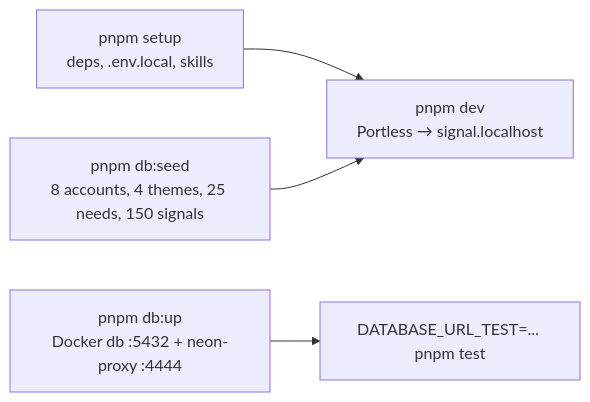
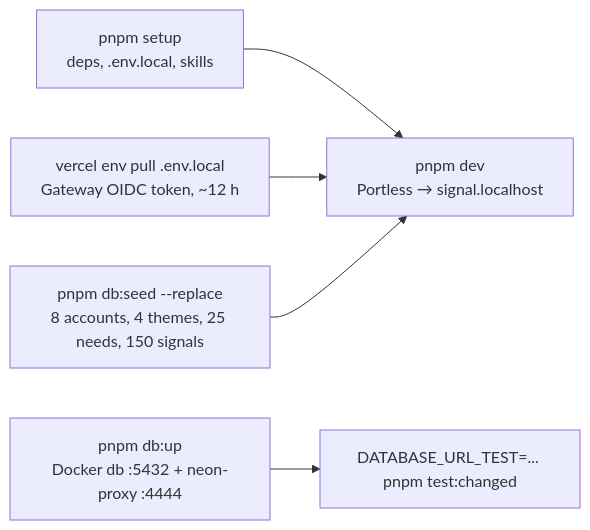
Before and after one commit to gaboesquivel/flow-signal: the fifth of 5 diagrams in docs/harness/dev-loop.md, drawn with Mermaid. The commit also changed other lines of this file and 7 other files, not shown here.

First line of the commit message:
docs(harness): refresh diagrams for specs 006, 007, and 010 (#12)

````diff
--- a/docs/harness/dev-loop.md
+++ b/docs/harness/dev-loop.md
@@ -61,6 +78,7 @@
 ```mermaid
 flowchart LR
   SET[pnpm setup<br/>deps, .env.local, skills] --> DEV[pnpm dev<br/>Portless → signal.localhost]
-  DBU[pnpm db:up<br/>Docker db :5432 + neon-proxy :4444] --> TST[DATABASE_URL_TEST=... pnpm test]
-  SEED[pnpm db:seed<br/>8 accounts, 4 themes, 25 needs, 150 signals] --> DEV
+  PULL[vercel env pull .env.local<br/>Gateway OIDC token, ~12 h] --> DEV
+  DBU[pnpm db:up<br/>Docker db :5432 + neon-proxy :4444] --> TST[DATABASE_URL_TEST=... pnpm test:changed]
+  SEED[pnpm db:seed --replace<br/>8 accounts, 4 themes, 25 needs, 150 signals] --> DEV
 ```
````
